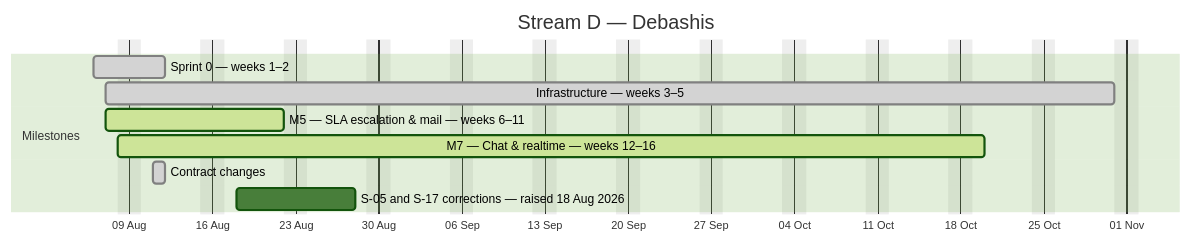
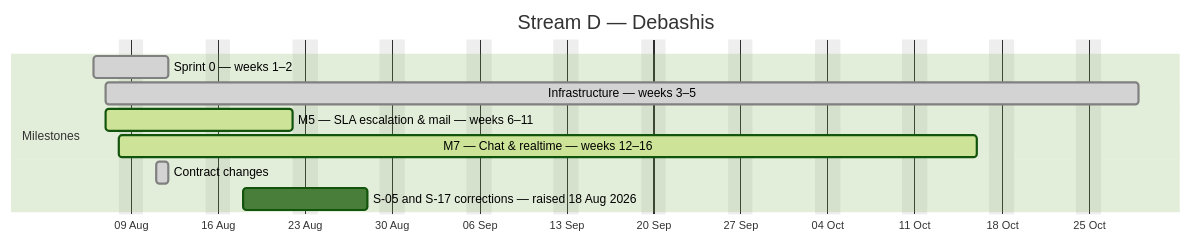
The fourth of 4 diagrams in docs/plan/GANTT.md (debashisedunext/EduTrack), drawn with Mermaid (forest theme) before and after one commit. The commit also changed other lines of this file and 3 other files, not shown here.

````diff
--- a/docs/plan/GANTT.md
+++ b/docs/plan/GANTT.md
@@ -155,14 +155,14 @@
 ```mermaid
 gantt
     dateFormat YYYY-MM-DD
     axisFormat %d %b
     title Stream D — Debashis
     excludes weekends
     section Milestones
     Sprint 0 — weeks 1–2 :done, d0, 2026-08-06, 4d
-    Infrastructure — weeks 3–5 :done, d1, 2026-08-07, 61d
+    Infrastructure — weeks 3–5 :done, d1, 2026-08-07, 59d
     M5 — SLA  escalation & mail — weeks 6–11 :active, d2, 2026-08-07, 11d
-    M7 — Chat & realtime — weeks 12–16 :active, d3, 2026-08-08, 52d
+    M7 — Chat & realtime — weeks 12–16 :active, d3, 2026-08-08, 50d
     Contract changes :done, d4, 2026-08-11, 1d
     S-05 and S-17 corrections — raised 18 Aug 2026 :d5, 2026-08-18, 8d
 ```
````
